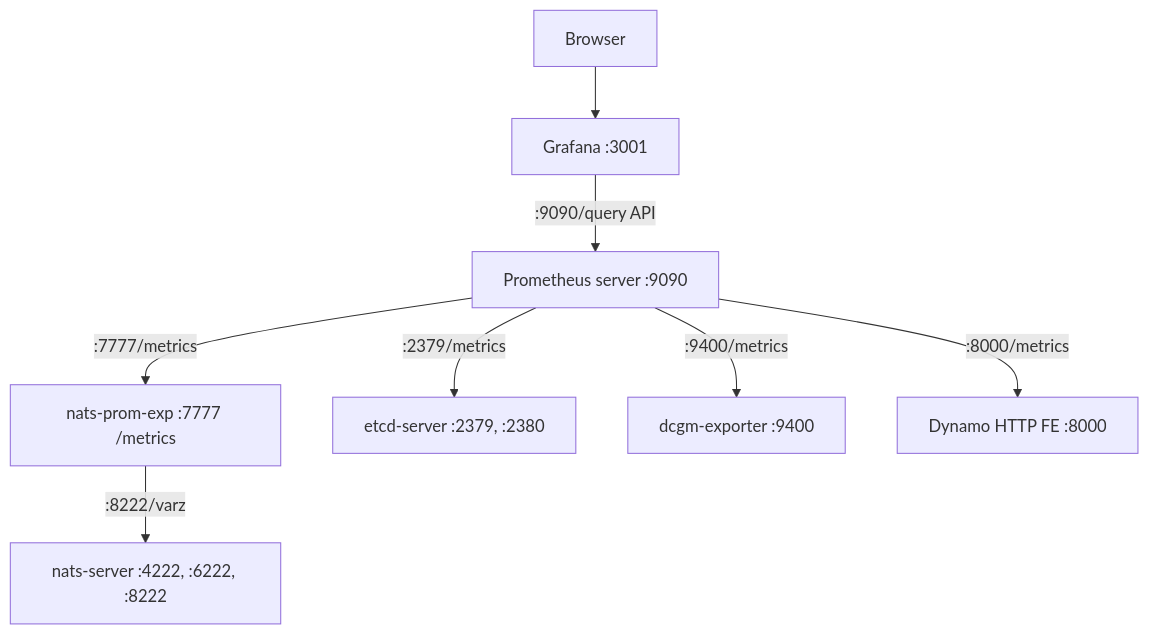
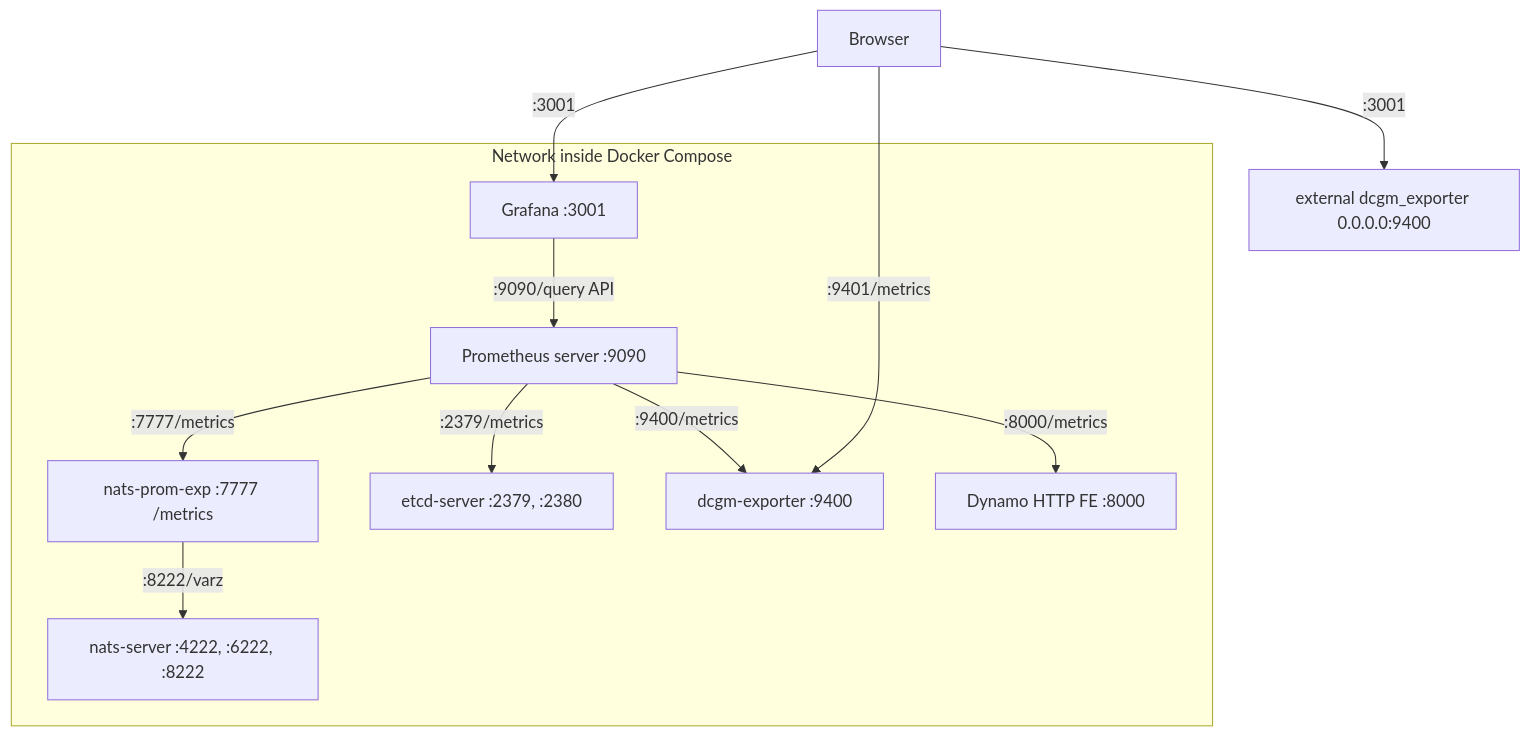
One commit to ai-dynamo/dynamo changed the diagram in deploy/metrics/README.md. Above: the diagram before and after it, drawn with Mermaid. The commit also changed other lines of this file and 1 other file, not shown here.

Commit message:
Clarified port 9400 vs 9401, and simplified sentences.

````diff
--- a/deploy/metrics/README.md
+++ b/deploy/metrics/README.md
@@ -13,10 +13,14 @@
 ```mermaid
 graph TD
-    BROWSER[Browser] --> GRAFANA[Grafana :3001]
-    NATS_PROM_EXP[nats-prom-exp :7777 /metrics] -->|:8222/varz| NATS_SERVER[nats-server :4222, :6222, :8222]
-    PROMETHEUS[Prometheus server :9090] -->|:2379/metrics| ETCD_SERVER[etcd-server :2379, :2380]
-    PROMETHEUS -->|:9400/metrics| DCGM_EXPORTER[dcgm-exporter :9400]
-    PROMETHEUS -->|:7777/metrics| NATS_PROM_EXP
-    PROMETHEUS -->|:8000/metrics| DYNAMOFE[Dynamo HTTP FE :8000]
-    GRAFANA -->|:9090/query API| PROMETHEUS
+    BROWSER[Browser] -->|:3001| GRAFANA[Grafana :3001]
+    BROWSER[Browser] -->|:3001| DCGM_EXPORTER2["external dcgm_exporter 0.0.0.0:9400"]
+    subgraph DockerComposeNetwork [Network inside Docker Compose]
+        NATS_PROM_EXP[nats-prom-exp :7777 /metrics] -->|:8222/varz| NATS_SERVER[nats-server :4222, :6222, :8222]
+        PROMETHEUS[Prometheus server :9090] -->|:2379/metrics| ETCD_SERVER[etcd-server :2379, :2380]
+        PROMETHEUS -->|:9400/metrics| DCGM_EXPORTER[dcgm-exporter :9400]
+        PROMETHEUS -->|:7777/metrics| NATS_PROM_EXP
+        PROMETHEUS -->|:8000/metrics| DYNAMOFE[Dynamo HTTP FE :8000]
+        GRAFANA -->|:9090/query API| PROMETHEUS
+    end
+    BROWSER -->|:9401/metrics| DCGM_EXPORTER
 ```
````
